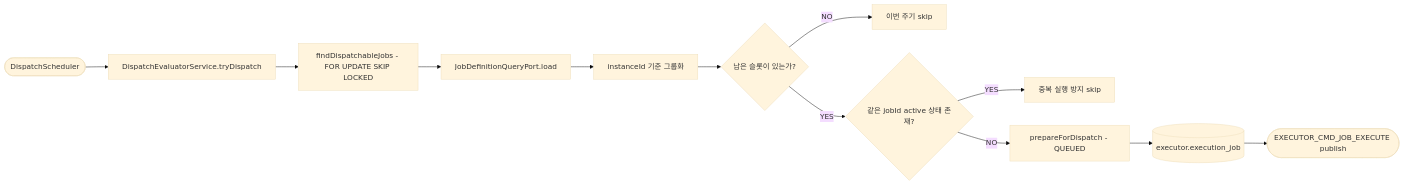
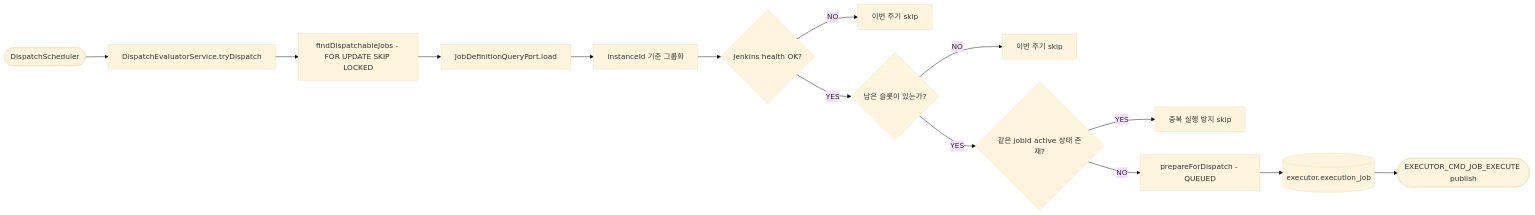
The diagram in executor/docs/use-cases/02-evaluate-dispatch.md (scofe97/Redpanda-PlayGround), drawn with Mermaid (base theme) before and after one commit. The commit also changed other lines of this file and 38 other files, not shown here.

````diff
--- a/executor/docs/use-cases/02-evaluate-dispatch.md
+++ b/executor/docs/use-cases/02-evaluate-dispatch.md
@@ -13,14 +13,16 @@
 ```mermaid
 flowchart LR
     A([DispatchScheduler]) --> B[DispatchEvaluatorService.tryDispatch]
     B --> C[findDispatchableJobs - FOR UPDATE SKIP LOCKED]
     C --> D[JobDefinitionQueryPort.load]
     D --> E[instanceId 기준 그룹화]
-    E --> F{남은 슬롯이 있는가?}
+    E --> F{Jenkins health OK?}
     F -->|NO| G[이번 주기 skip]
-    F -->|YES| H{같은 jobId active 상태 존재?}
-    H -->|YES| I[중복 실행 방지 skip]
-    H -->|NO| J[prepareForDispatch - QUEUED]
-    J --> K[(executor.execution_job)]
-    K --> L([EXECUTOR_CMD_JOB_EXECUTE publish])
+    F -->|YES| H{남은 슬롯이 있는가?}
+    H -->|NO| I[이번 주기 skip]
+    H -->|YES| J{같은 jobId active 상태 존재?}
+    J -->|YES| K[중복 실행 방지 skip]
+    J -->|NO| L[prepareForDispatch - QUEUED]
+    L --> M[(executor.execution_job)]
+    M --> N([EXECUTOR_CMD_JOB_EXECUTE publish])
 ```
````
